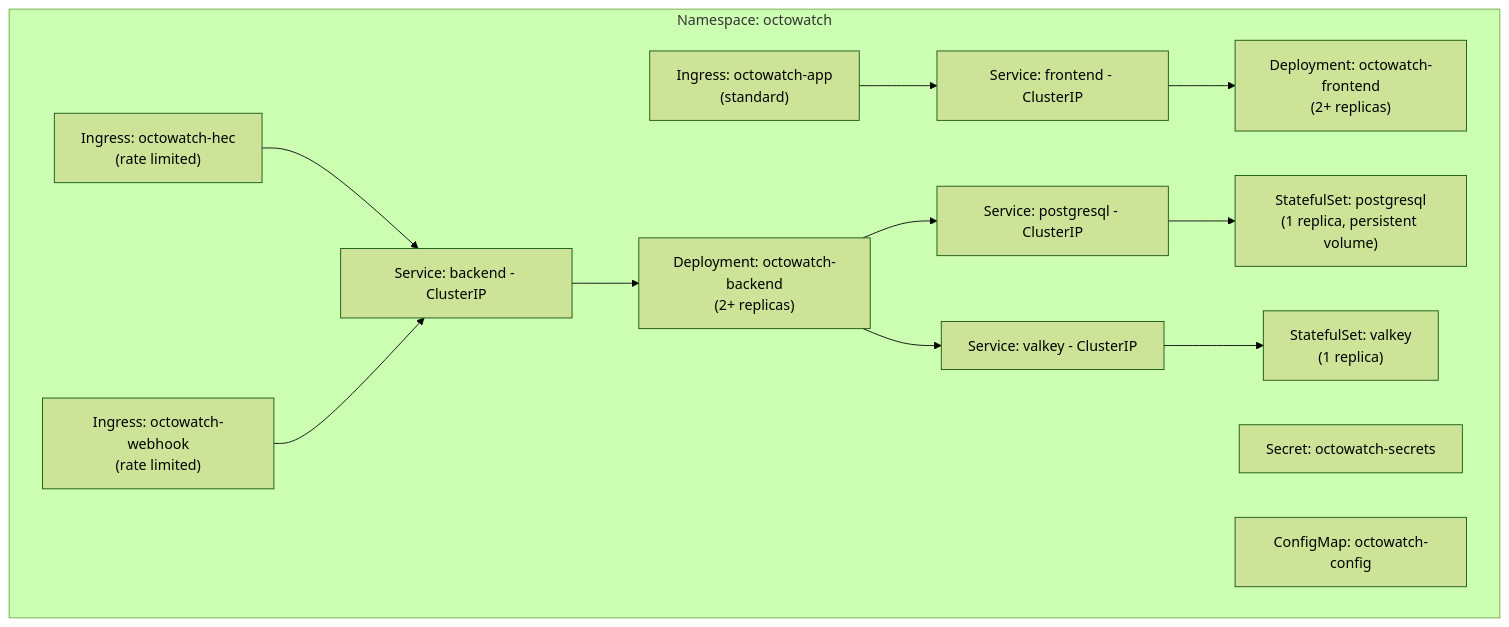
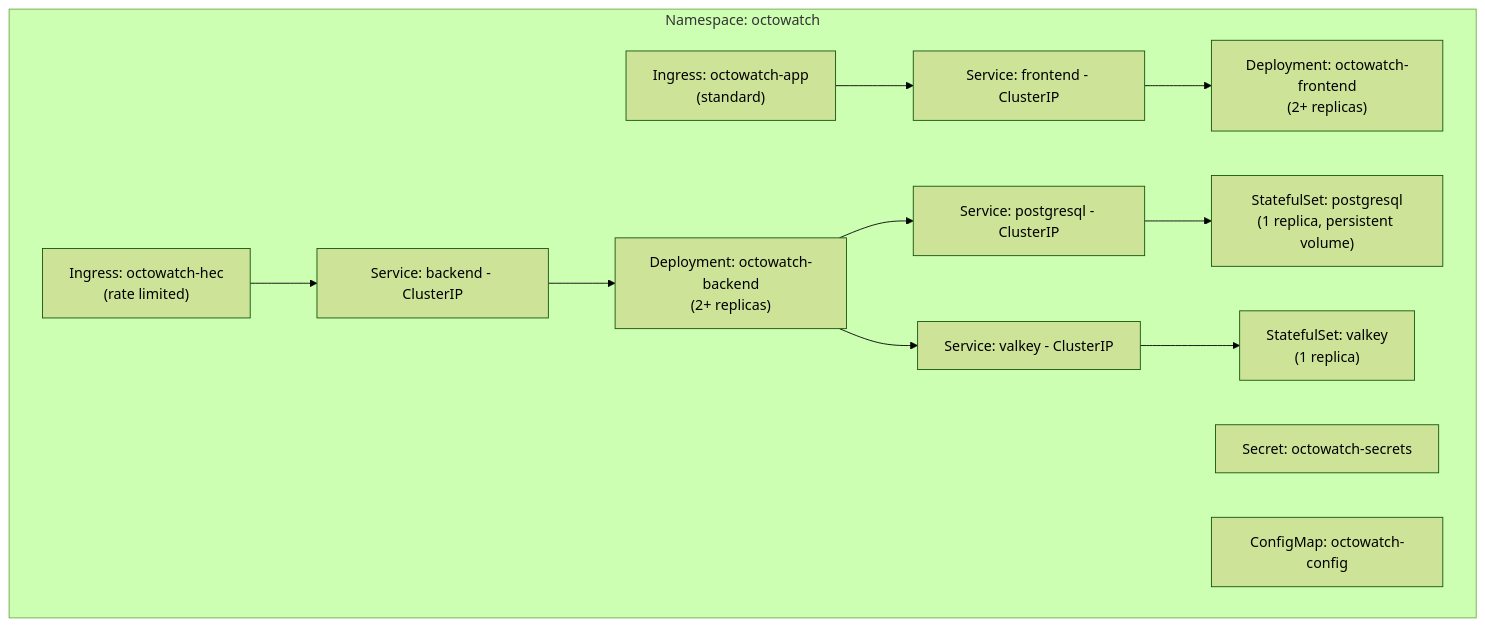
Before and after one commit to jmassardo/octowatch: the second of 2 diagrams in website/src/content/docs/reference/architecture.md, drawn with Mermaid (forest theme). The commit also changed other lines of this file and 11 other files, not shown here.

````diff
--- a/website/src/content/docs/reference/architecture.md
+++ b/website/src/content/docs/reference/architecture.md
@@ -94,28 +88,26 @@
 ```mermaid
 graph TD
     subgraph NS["Namespace: octowatch"]
         D1["Deployment: octowatch-backend\n(2+ replicas)"]
         D2["Deployment: octowatch-frontend\n(2+ replicas)"]
         SS1["StatefulSet: postgresql\n(1 replica, persistent volume)"]
         SS2["StatefulSet: valkey\n(1 replica)"]
         I1["Ingress: octowatch-hec\n(rate limited)"]
-        I2["Ingress: octowatch-webhook\n(rate limited)"]
         I3["Ingress: octowatch-app\n(standard)"]
         S1[Service: backend - ClusterIP]
         S2[Service: frontend - ClusterIP]
         S3[Service: postgresql - ClusterIP]
         S4[Service: valkey - ClusterIP]
         SEC[Secret: octowatch-secrets]
         CM[ConfigMap: octowatch-config]
     end
 
     I1 --> S1
-    I2 --> S1
     I3 --> S2
     S1 --> D1
     S2 --> D2
     S3 --> SS1
     S4 --> SS2
     D1 --> S3
     D1 --> S4
 ```
````
